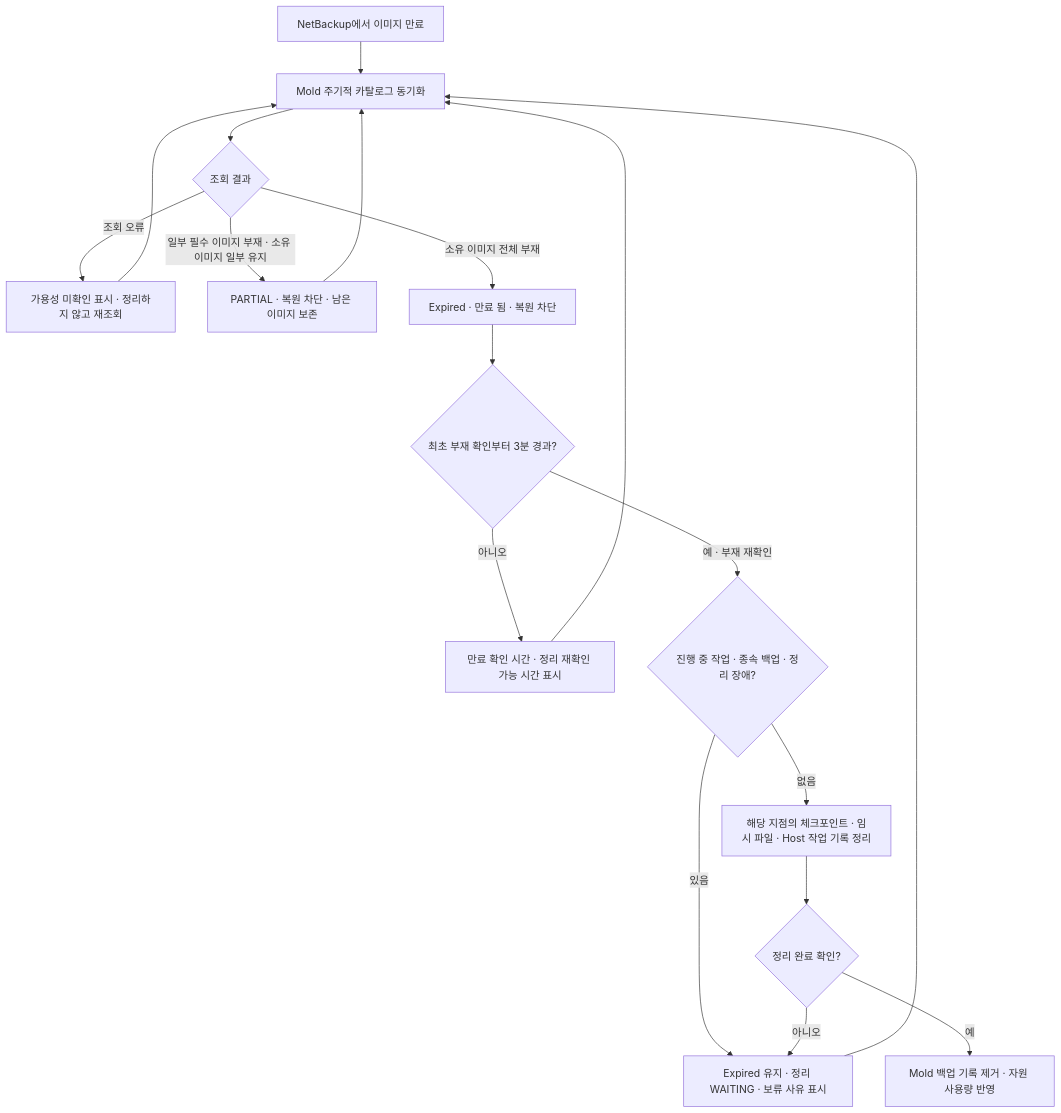
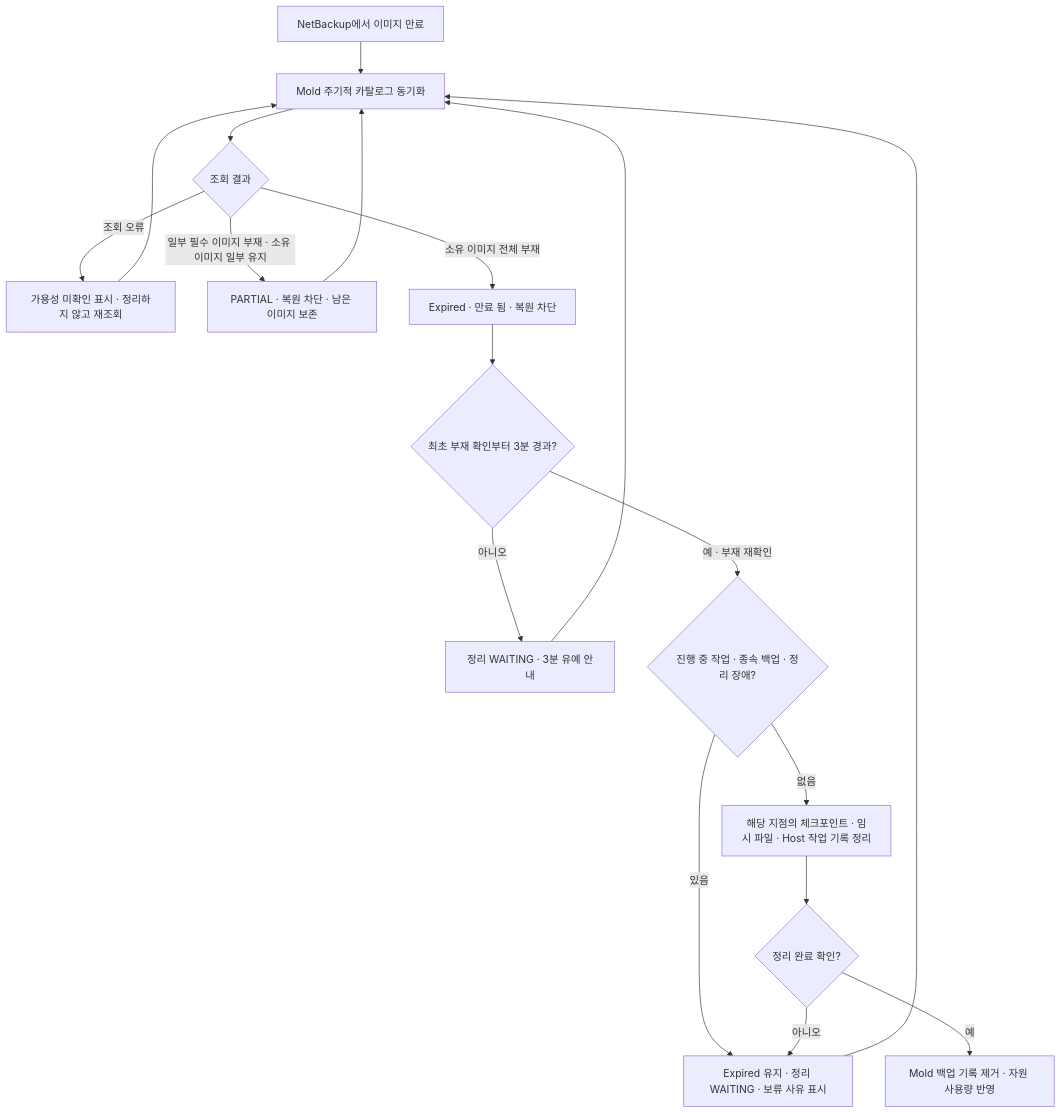
One commit to Dajeong-Park/ablestack-cloud changed the second of 4 diagrams in scripts/vm/hypervisor/kvm/BACKUP.md. Above: the diagram before and after it, drawn with Mermaid. The commit also changed other lines of this file and 2 other files, not shown here.

````diff
--- a/scripts/vm/hypervisor/kvm/BACKUP.md
+++ b/scripts/vm/hypervisor/kvm/BACKUP.md
@@ -1474,20 +1474,20 @@
 ```mermaid
 flowchart TD
     A[NetBackup에서 이미지 만료] --> B[Mold 주기적 카탈로그 동기화]
     B --> C{조회 결과}
     C -->|조회 오류| D[가용성 미확인 표시 · 정리하지 않고 재조회]
     D --> B
     C -->|일부 필수 이미지 부재 · 소유 이미지 일부 유지| E[PARTIAL · 복원 차단 · 남은 이미지 보존]
     E --> B
     C -->|소유 이미지 전체 부재| F[Expired · 만료 됨 · 복원 차단]
     F --> G{최초 부재 확인부터 3분 경과?}
-    G -->|아니오| H[만료 확인 시간 · 정리 재확인 가능 시간 표시]
+    G -->|아니오| H[정리 WAITING · 3분 유예 안내]
     H --> B
     G -->|예 · 부재 재확인| I{진행 중 작업 · 종속 백업 · 정리 장애?}
     I -->|있음| J[Expired 유지 · 정리 WAITING · 보류 사유 표시]
     J --> B
     I -->|없음| K[해당 지점의 체크포인트 · 임시 파일 · Host 작업 기록 정리]
     K --> L{정리 완료 확인?}
     L -->|아니오| J
     L -->|예| M[Mold 백업 기록 제거 · 자원 사용량 반영]
 ```
````
